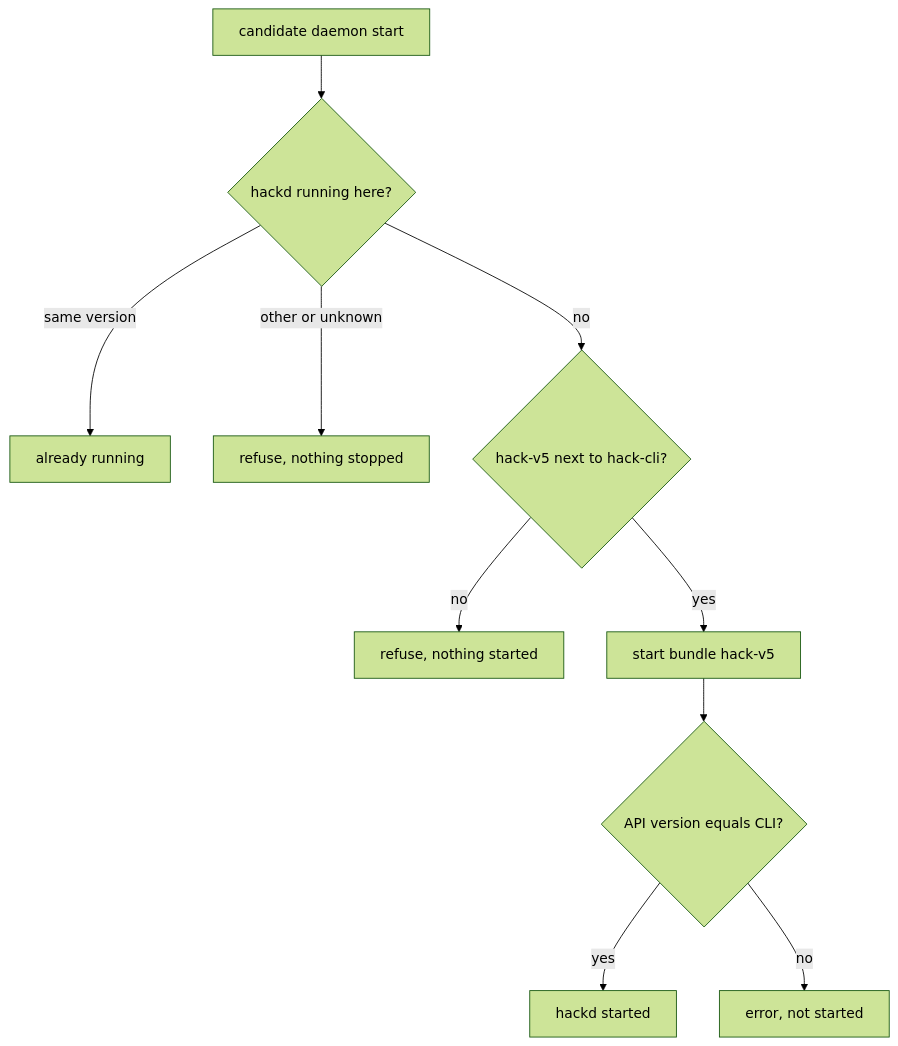
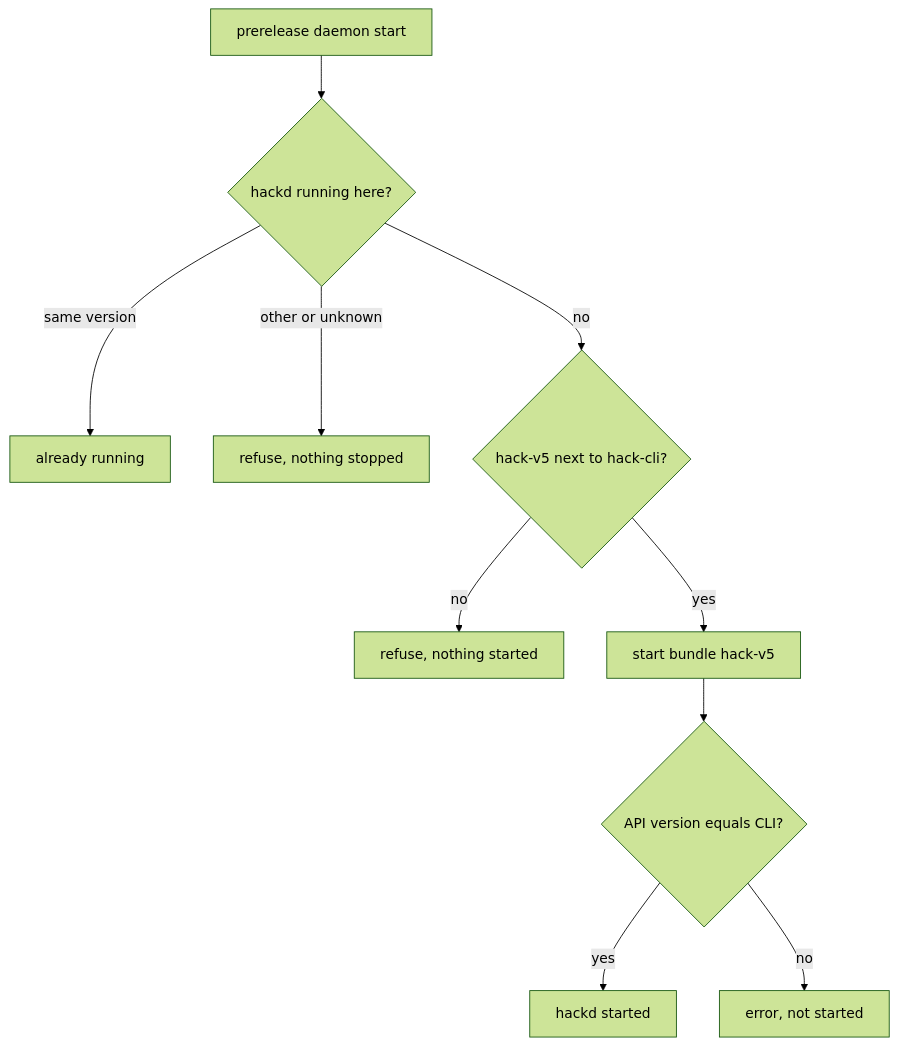
Before and after one commit to hack-dance/hack: the second of 2 diagrams in docs/versions/v5/upgrade.md, drawn with Mermaid (forest theme). The commit also changed other lines of this file and 22 other files, not shown here.

````diff
--- a/docs/versions/v5/upgrade.md
+++ b/docs/versions/v5/upgrade.md
@@ -156,12 +157,12 @@
 ```mermaid
 flowchart TD
-  Start[candidate daemon start] --> Running{hackd running here?}
+  Start[prerelease daemon start] --> Running{hackd running here?}
   Running -->|same version| Already[already running]
   Running -->|other or unknown| Refuse1[refuse, nothing stopped]
   Running -->|no| Launcher{hack-v5 next to hack-cli?}
   Launcher -->|no| Refuse2[refuse, nothing started]
   Launcher -->|yes| Spawn[start bundle hack-v5]
   Spawn --> Check{API version equals CLI?}
   Check -->|yes| Started[hackd started]
   Check -->|no| Fail[error, not started]
 ```
````
